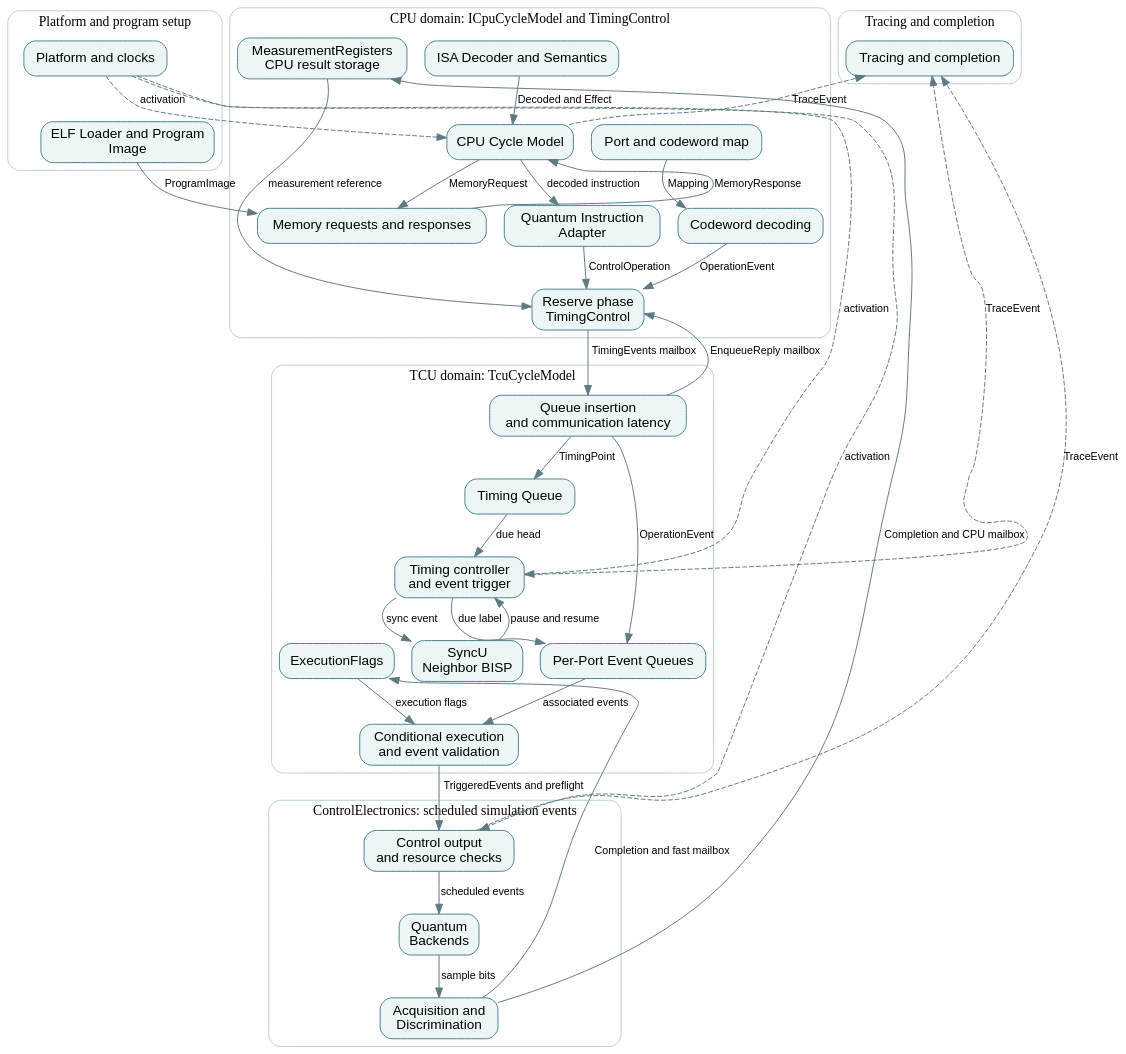
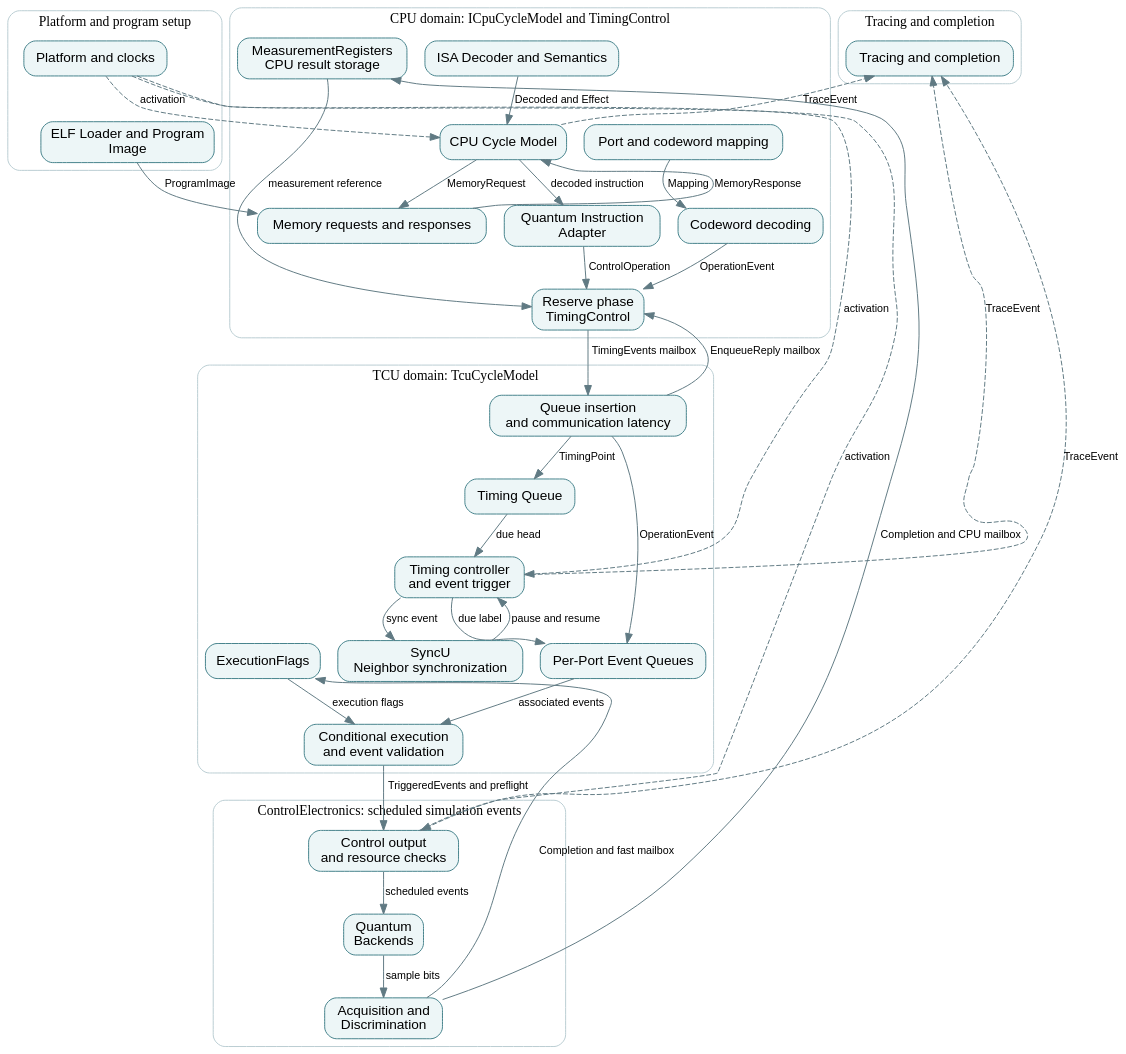
The diagram in docs/implementation.dot (qsbit-org/qsbit-sim), drawn with Graphviz before and after one commit. The commit also changed 53 other files, not shown here.

```diff
--- a/docs/implementation.dot
+++ b/docs/implementation.dot
@@ -1,66 +1,66 @@
 digraph implementation {
   graph [rankdir=TB, newrank=true, bgcolor="transparent", pad=0.2, nodesep=0.25, ranksep=0.45, compound=true];
   node [shape=box, style="rounded,filled", fillcolor="#edf6f7", color="#43818a", fontname="sans-serif", fontsize=14, margin="0.12,0.08", target="_top"];
   edge [color="#607a83", fontname="sans-serif", fontsize=11];
   subgraph cluster_setup { label="Platform and program setup"; color="#bacdd2"; style="rounded";
     m0 [label="Platform and clocks", href="modules/platform-and-clock-adapter.html", id="module-platform-and-clock-adapter"];
     m1 [label="ELF Loader and Program\nImage", href="modules/elf-loader-and-program-image.html", id="module-elf-loader-and-program-image"];
   }
   subgraph cluster_cpu { label="CPU domain: ICpuCycleModel and TimingControl"; color="#bacdd2"; style="rounded";
     m2 [label="ISA Decoder and Semantics", href="modules/isa-decoder-and-semantics.html", id="module-isa-decoder-and-semantics"];
     m3 [label="CPU Cycle Model", href="modules/cpu-cycle-model.html", id="module-cpu-cycle-model"];
     m4 [label="Memory requests and responses", href="modules/memory-and-response-model.html", id="module-memory-and-response-model"];
     m5 [label="Quantum Instruction\nAdapter", href="modules/quantum-instruction-adapter.html", id="module-quantum-instruction-adapter"];
-    m13 [label="Port and codeword map", href="modules/port-codeword-and-waveform-map.html", id="module-port-codeword-and-waveform-map"];
+    m13 [label="Port and codeword mapping", href="modules/port-codeword-and-waveform-map.html", id="module-port-codeword-and-waveform-map"];
     m6 [label="Codeword decoding", href="modules/codeword-decoding.html", id="module-codeword-decoding"];
     m7 [label="Reserve phase\nTimingControl", href="modules/reserve-phase.html", id="module-reserve-phase"];
     m17 [label="MeasurementRegisters\nCPU result storage", href="modules/measurement-registers.html", id="module-measurement-registers"];
   }
   subgraph cluster_tcu { label="TCU domain: TcuCycleModel"; color="#bacdd2"; style="rounded";
     m8 [label="Queue insertion\nand communication latency", href="modules/queue-enqueue.html", id="module-queue-enqueue"];
     m9 [label="Timing Queue", href="modules/timing-queue.html", id="module-timing-queue"];
     m10 [label="Per-Port Event Queues", href="modules/per-port-event-queues.html", id="module-per-port-event-queues"];
     m11 [label="Timing controller\nand event trigger", href="modules/timing-controller.html", id="module-timing-controller"];
     m12 [label="Conditional execution\nand event validation", href="modules/conditional-execution.html", id="module-conditional-execution"];
     m18 [label="ExecutionFlags", href="modules/execution-flags.html", id="module-execution-flags"];
-    m20 [label="SyncU\nNeighbor BISP", href="modules/synchronization.html", id="module-synchronization"];
+    m20 [label="SyncU\nNeighbor synchronization", href="modules/synchronization.html", id="module-synchronization"];
   }
   subgraph cluster_device { label="ControlElectronics: scheduled simulation events"; color="#bacdd2"; style="rounded";
     m14 [label="Control output\nand resource checks", href="modules/control-output.html", id="module-control-output"];
     m15 [label="Quantum\nBackends", href="modules/quantum-device-model.html", id="module-quantum-device-model"];
     m16 [label="Acquisition and\nDiscrimination", href="modules/acquisition-and-discrimination.html", id="module-acquisition-and-discrimination"];
   }
   subgraph cluster_lifecycle { label="Tracing and completion"; color="#bacdd2"; style="rounded";
     m19 [label="Tracing and completion", href="modules/trace-recorder-and-stop-controller.html", id="module-trace-recorder-and-stop-controller"];
   }
   m1 -> m4 [label="ProgramImage"];
   m4 -> m3 [constraint=false, label="MemoryResponse"];
   m3 -> m4 [label="MemoryRequest"];
   m2 -> m3 [label="Decoded and Effect"];
   m3 -> m5 [label="decoded instruction"];
   m5 -> m7 [label="ControlOperation"];
   m13 -> m6 [label="Mapping"];
   m6 -> m7 [label="OperationEvent"];
   m7 -> m8 [label="TimingEvents mailbox"];
   m8 -> m7 [constraint=false, label="EnqueueReply mailbox"];
   m8 -> m9 [label="TimingPoint"];
   m8 -> m10 [label="OperationEvent"];
   m9 -> m11 [label="due head"];
   m11 -> m10 [label="due label"];
   m10 -> m12 [label="associated events"];
   m18 -> m12 [label="execution flags"];
   m12 -> m14 [label="TriggeredEvents and preflight"];
   m14 -> m15 [label="scheduled events"];
   m15 -> m16 [label="sample bits"];
   m16 -> m17 [constraint=false, label="Completion and CPU mailbox"];
   m16 -> m18 [constraint=false, label="Completion and fast mailbox"];
   m17 -> m7 [constraint=false, label="measurement reference"];
   m11 -> m20 [label="sync event"];
   m20 -> m11 [constraint=false, label="pause and resume"];
   m0 -> m3 [style=dashed, constraint=false, label="activation"];
   m0 -> m11 [style=dashed, constraint=false, label="activation"];
   m0 -> m14 [style=dashed, constraint=false, label="activation"];
   m3 -> m19 [style=dashed, constraint=false, label="TraceEvent"];
   m11 -> m19 [style=dashed, constraint=false, label="TraceEvent"];
   m14 -> m19 [style=dashed, constraint=false, label="TraceEvent"];
 }
```
